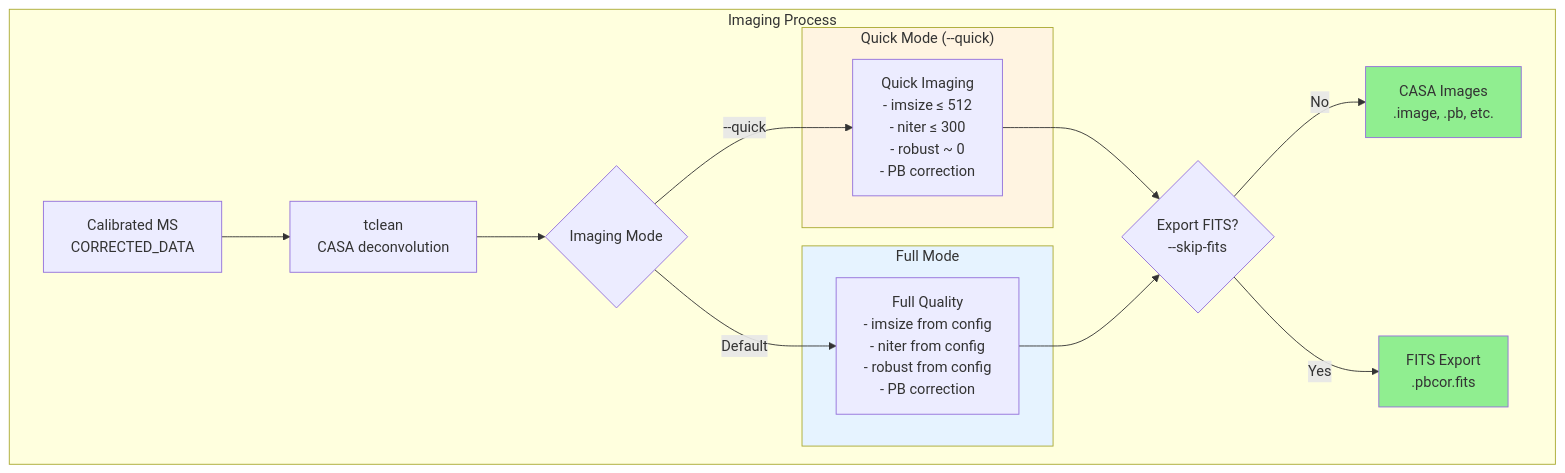
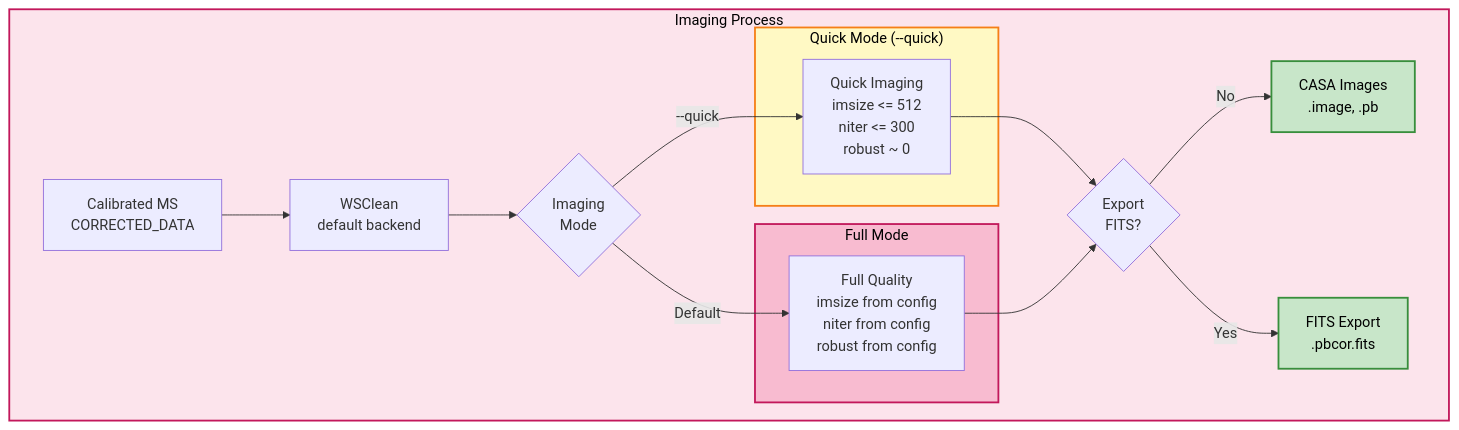
Before and after one commit to dsa110/dsa110-contimg: the sixth of 12 diagrams in docs/concepts/pipeline_workflow_visualization.md, drawn with Mermaid. The commit also changed other lines of this file and 423 other files, not shown here.

````diff
--- a/docs/concepts/pipeline_workflow_visualization.md
+++ b/docs/concepts/pipeline_workflow_visualization.md
@@ -367,34 +351,35 @@
 ```mermaid
 flowchart TB
-    subgraph IMAGE_DETAIL["Imaging Process"]
-        MSIn[Calibrated MS<br/>CORRECTED_DATA]
-        Clean[tclean<br/>CASA deconvolution]
-        Mode{Imaging Mode}
-        
-        subgraph QUICK_MODE["Quick Mode (--quick)"]
-            Quick[Quick Imaging<br/>- imsize ≤ 512<br/>- niter ≤ 300<br/>- robust ~ 0<br/>- PB correction]
-        end
-        
-        subgraph FULL_MODE["Full Mode"]
-            Full[Full Quality<br/>- imsize from config<br/>- niter from config<br/>- robust from config<br/>- PB correction]
-        end
-        
-        Fits{Export FITS?<br/>--skip-fits}
-        FITS[FITS Export<br/>.pbcor.fits]
-        CASA[CASA Images<br/>.image, .pb, etc.]
-    end
-    
-    MSIn --> Clean
-    Clean --> Mode
-    Mode -->|--quick| Quick
-    Mode -->|Default| Full
-    Quick --> Fits
-    Full --> Fits
-    Fits -->|No| CASA
-    Fits -->|Yes| FITS
-    
-    style QUICK_MODE fill:#FFF4E1
-    style FULL_MODE fill:#E6F3FF
-    style FITS fill:#90EE90
-    style CASA fill:#90EE90
+ subgraph IMAGE_DETAIL["Imaging Process"]
+ MSIn["Calibrated MS<br/>CORRECTED_DATA"]
+ Clean["WSClean<br/>default backend"]
+ Mode{"Imaging<br/>Mode"}
+ 
+ subgraph QUICK_MODE["Quick Mode (--quick)"]
+ Quick["Quick Imaging<br/>imsize <= 512<br/>niter <= 300<br/>robust ~ 0"]
+ end
+ 
+ subgraph FULL_MODE["Full Mode"]
+ Full["Full Quality<br/>imsize from config<br/>niter from config<br/>robust from config"]
+ end
+ 
+ Fits{"Export<br/>FITS?"}
+ FITS["FITS Export<br/>.pbcor.fits"]
+ CASA["CASA Images<br/>.image, .pb"]
+ 
+ MSIn --> Clean
+ Clean --> Mode
+ Mode -->|--quick| Quick
+ Mode -->|Default| Full
+ Quick --> Fits
+ Full --> Fits
+ Fits -->|No| CASA
+ Fits -->|Yes| FITS
+ end
+ 
+ style IMAGE_DETAIL fill:#FCE4EC,stroke:#C2185B,stroke-width:2px,color:#000
+ style QUICK_MODE fill:#FFF9C4,stroke:#F57F17,stroke-width:2px,color:#000
+ style FULL_MODE fill:#F8BBD0,stroke:#C2185B,stroke-width:2px,color:#000
+ style FITS fill:#C8E6C9,stroke:#388E3C,stroke-width:2px,color:#000
+ style CASA fill:#C8E6C9,stroke:#388E3C,stroke-width:2px,color:#000
 ```
````
